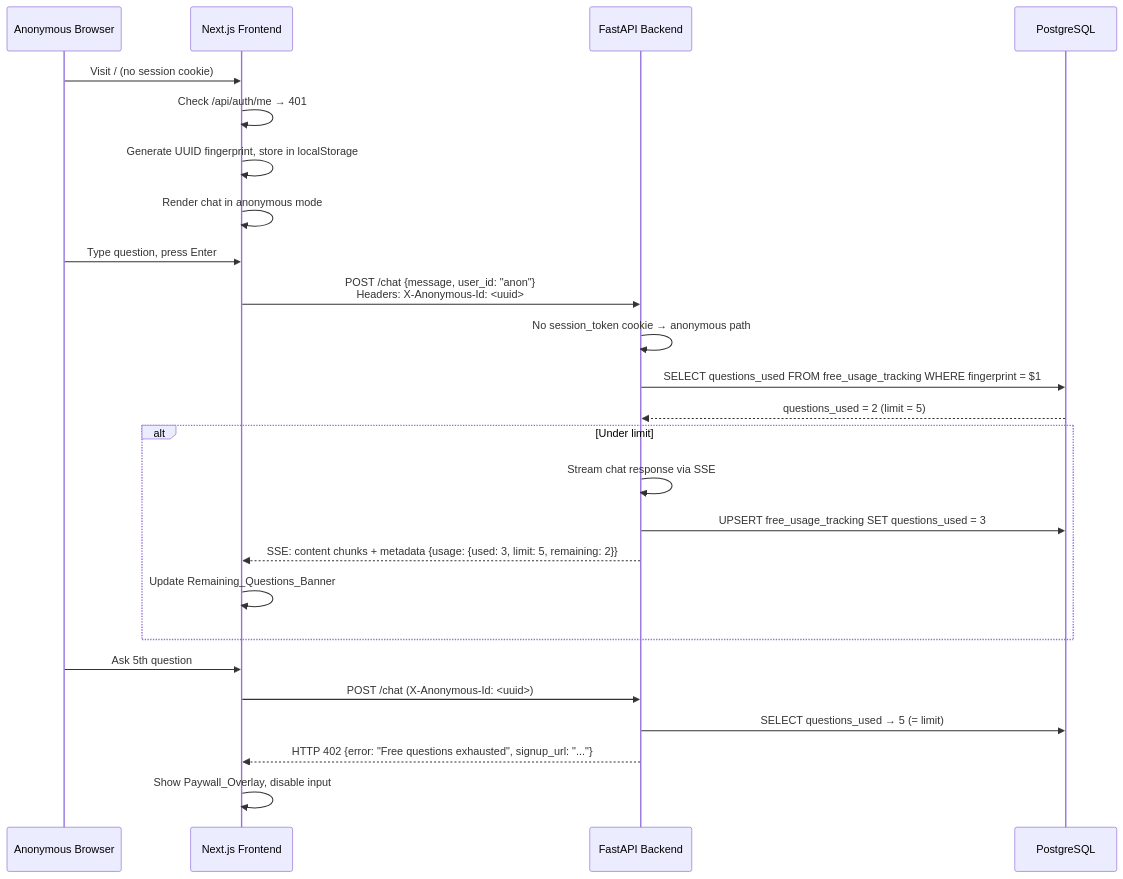
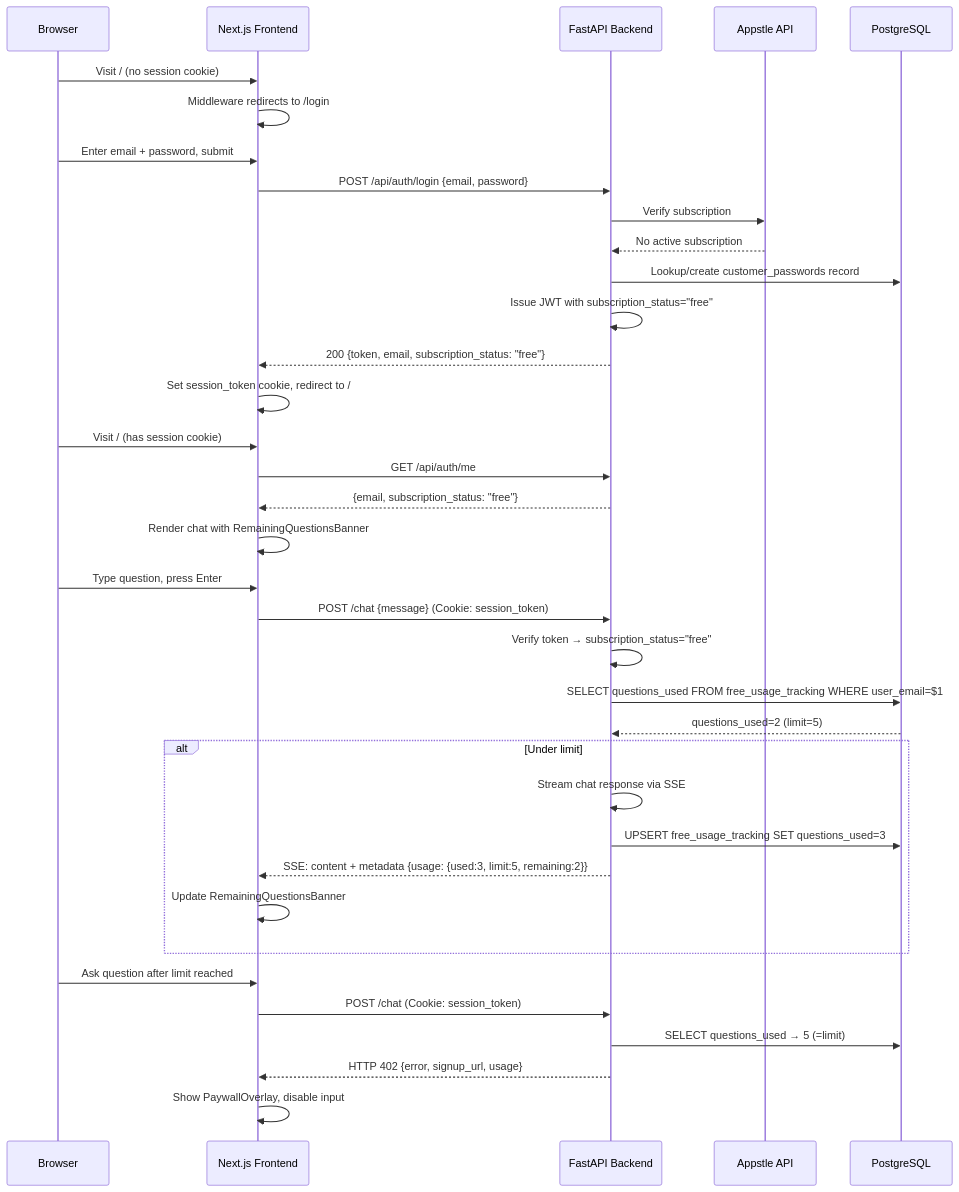
The first of 2 diagrams in .kiro/specs/freemium-usage-gate/design.md (kevinvandever/mcpress-chatbot), drawn with Mermaid before and after one commit. The commit also changed other lines of this file and 10 other files, not shown here.

First line of the commit message:
feat: rework freemium usage gate from fingerprint to email-based tracking

````diff
--- a/.kiro/specs/freemium-usage-gate/design.md
+++ b/.kiro/specs/freemium-usage-gate/design.md
@@ -24,31 +28,44 @@
 ```mermaid
 sequenceDiagram
-    participant Browser as Anonymous Browser
+    participant Browser
     participant FE as Next.js Frontend
     participant API as FastAPI Backend
+    participant Appstle as Appstle API
     participant DB as PostgreSQL
 
     Browser->>FE: Visit / (no session cookie)
-    FE->>FE: Check /api/auth/me → 401
-    FE->>FE: Generate UUID fingerprint, store in localStorage
-    FE->>FE: Render chat in anonymous mode
+    FE->>FE: Middleware redirects to /login
+
+    Browser->>FE: Enter email + password, submit
+    FE->>API: POST /api/auth/login {email, password}
+    API->>Appstle: Verify subscription
+    Appstle-->>API: No active subscription
+    API->>DB: Lookup/create customer_passwords record
+    API->>API: Issue JWT with subscription_status="free"
+    API-->>FE: 200 {token, email, subscription_status: "free"}
+    FE->>FE: Set session_token cookie, redirect to /
+
+    Browser->>FE: Visit / (has session cookie)
+    FE->>API: GET /api/auth/me
+    API-->>FE: {email, subscription_status: "free"}
+    FE->>FE: Render chat with RemainingQuestionsBanner
 
     Browser->>FE: Type question, press Enter
-    FE->>API: POST /chat {message, user_id: "anon"}<br/>Headers: X-Anonymous-Id: <uuid>
-    API->>API: No session_token cookie → anonymous path
-    API->>DB: SELECT questions_used FROM free_usage_tracking WHERE fingerprint = $1
-    DB-->>API: questions_used = 2 (limit = 5)
+    FE->>API: POST /chat {message} (Cookie: session_token)
+    API->>API: Verify token → subscription_status="free"
+    API->>DB: SELECT questions_used FROM free_usage_tracking WHERE user_email=$1
+    DB-->>API: questions_used=2 (limit=5)
 
     alt Under limit
         API->>API: Stream chat response via SSE
-        API->>DB: UPSERT free_usage_tracking SET questions_used = 3
-        API-->>FE: SSE: content chunks + metadata {usage: {used: 3, limit: 5, remaining: 2}}
-        FE->>FE: Update Remaining_Questions_Banner
+        API->>DB: UPSERT free_usage_tracking SET questions_used=3
+        API-->>FE: SSE: content + metadata {usage: {used:3, limit:5, remaining:2}}
+        FE->>FE: Update RemainingQuestionsBanner
     end
 
-    Browser->>FE: Ask 5th question
-    FE->>API: POST /chat (X-Anonymous-Id: <uuid>)
-    API->>DB: SELECT questions_used → 5 (= limit)
-    API-->>FE: HTTP 402 {error: "Free questions exhausted", signup_url: "..."}
-    FE->>FE: Show Paywall_Overlay, disable input
+    Browser->>FE: Ask question after limit reached
+    FE->>API: POST /chat (Cookie: session_token)
+    API->>DB: SELECT questions_used → 5 (=limit)
+    API-->>FE: HTTP 402 {error, signup_url, usage}
+    FE->>FE: Show PaywallOverlay, disable input
 ```
````
